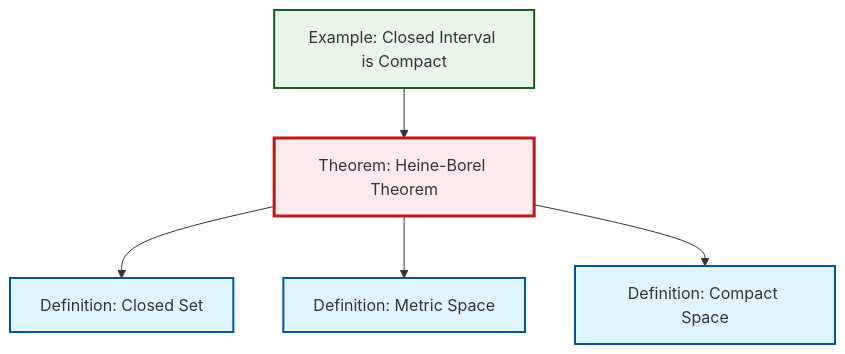
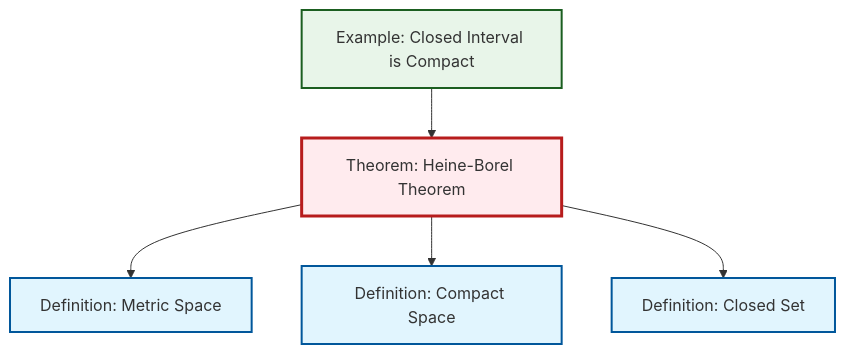
One commit to RK0429/ModernMath changed the diagram in content/ja/topology/thm-heine-borel.qmd. Above: the diagram before and after it, drawn with Mermaid. The commit also changed other lines of this file and 615 other files, not shown here.

````diff
--- a/content/ja/topology/thm-heine-borel.qmd
+++ b/content/ja/topology/thm-heine-borel.qmd
@@ -49,23 +49,23 @@
 ```{mermaid}
 %%| fig-cap: "Local dependency graph"
 graph TD
     classDef definition fill:#e1f5fe,stroke:#01579b,stroke-width:2px
     classDef theorem fill:#f3e5f5,stroke:#4a148c,stroke-width:2px
     classDef axiom fill:#fff3e0,stroke:#e65100,stroke-width:2px
     classDef example fill:#e8f5e9,stroke:#1b5e20,stroke-width:2px
     classDef current fill:#ffebee,stroke:#b71c1c,stroke-width:3px
+    def-closed-set["Definition: Closed Set"]:::definition
+    def-metric-space["Definition: Metric Space"]:::definition
     ex-closed-interval-compact["Example: Closed Interval is Compact"]:::example
+    def-compact["Definition: Compact Space"]:::definition
     thm-heine-borel["Theorem: Heine-Borel Theorem"]:::theorem
-    def-metric-space["Definition: Metric Space"]:::definition
-    def-closed-set["Definition: Closed Set"]:::definition
-    def-compact["Definition: Compact Space"]:::definition
-    thm-heine-borel --> def-closed-set
     thm-heine-borel --> def-metric-space
     ex-closed-interval-compact --> thm-heine-borel
     thm-heine-borel --> def-compact
+    thm-heine-borel --> def-closed-set
     class thm-heine-borel current
+    click def-closed-set "def-closed-set.html" "Definition: Closed Setへ"
+    click def-metric-space "def-metric-space.html" "Definition: Metric Spaceへ"
     click ex-closed-interval-compact "ex-closed-interval-compact.html" "Example: Closed Interval is Compactへ"
-    click def-metric-space "def-metric-space.html" "Definition: Metric Spaceへ"
-    click def-closed-set "def-closed-set.html" "Definition: Closed Setへ"
     click def-compact "def-compact.html" "Definition: Compact Spaceへ"
 ```
````
